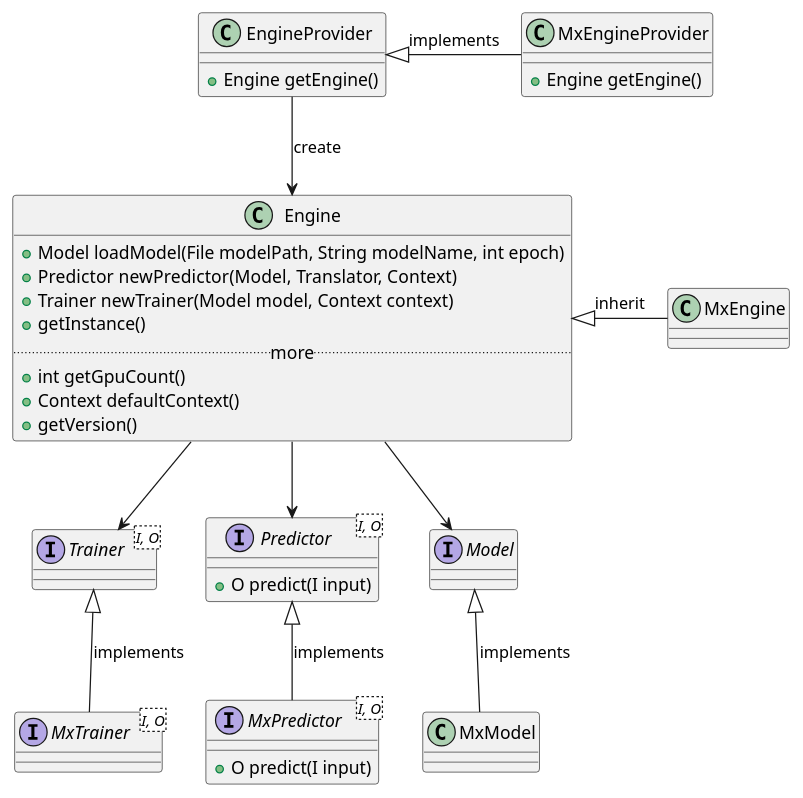
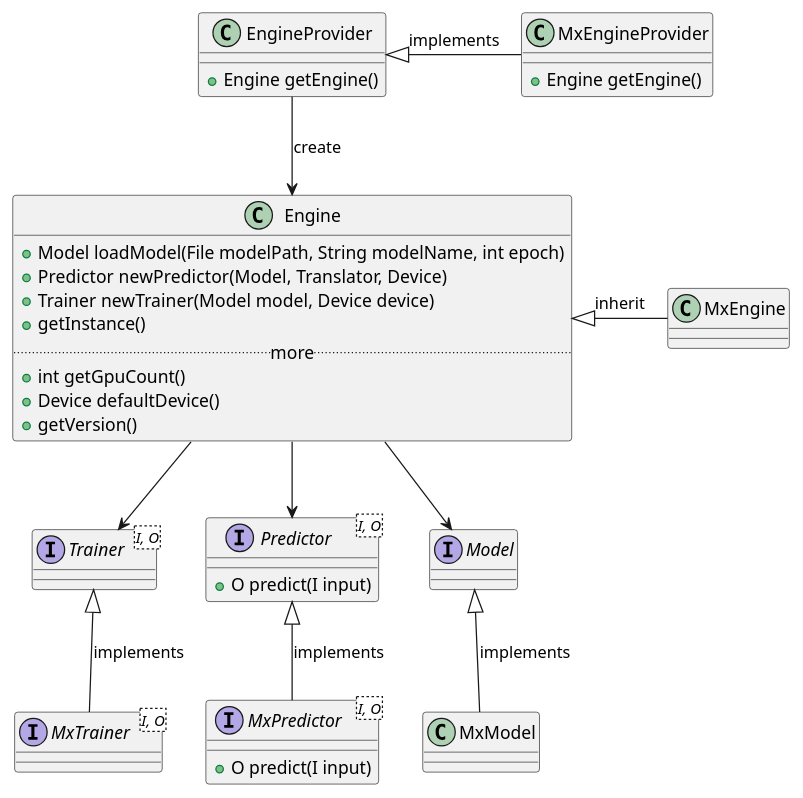
One commit to deepjavalibrary/djl changed the diagram in mxnet/engine/src/main/uml/engine.puml. Above: the diagram before and after it, drawn with PlantUML. The commit also changed 63 other files, not shown here.

Commit message:
Rename Context to Device

```diff
--- a/mxnet/engine/src/main/uml/engine.puml
+++ b/mxnet/engine/src/main/uml/engine.puml
@@ -1,54 +1,54 @@
 @startuml
 interface Model {
 }
 
 class MxModel {
 }
 
 class Engine {
     +Model loadModel(File modelPath, String modelName, int epoch)
-    +Predictor newPredictor(Model, Translator, Context)
-    +Trainer newTrainer(Model model, Context context)
+    +Predictor newPredictor(Model, Translator, Device)
+    +Trainer newTrainer(Model model, Device device)
     + getInstance()
 	.. more ..
     +int getGpuCount()
-    +Context defaultContext()
+    +Device defaultDevice()
     +getVersion()
 }
 
 class MxEngine {
 }
 
 class EngineProvider {
     +Engine getEngine()
 }
 
 class MxEngineProvider {
     +Engine getEngine()
 }
 
 interface Predictor<I, O> {
     +O predict(I input)
 }
 
 interface MxPredictor<I, O> {
     +O predict(I input)
 }
 
 interface Trainer<I, O> {
 }
 
 interface MxTrainer<I, O> {
 }
 
 MxModel -up-|> Model : implements
 MxEngine -left-|> Engine : inherit
 MxEngineProvider -left-|> EngineProvider : implements
 MxPredictor -up-|> Predictor : implements
 MxTrainer -up-|> Trainer : implements
 EngineProvider --> Engine : create
 Engine --> Model
 Engine --> Predictor
 Engine --> Trainer
 
 @enduml
```
